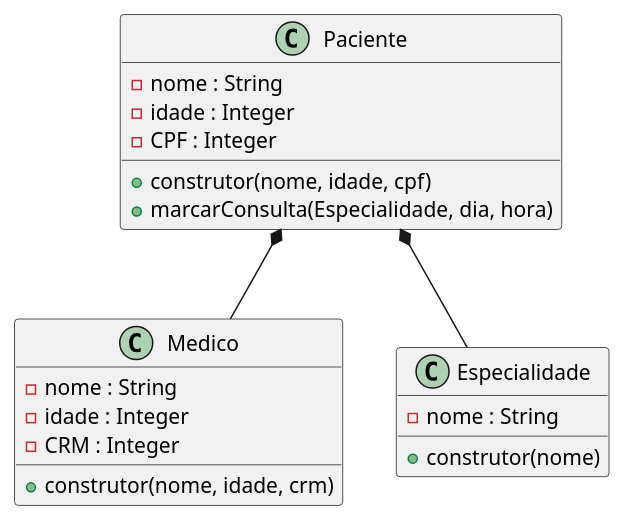
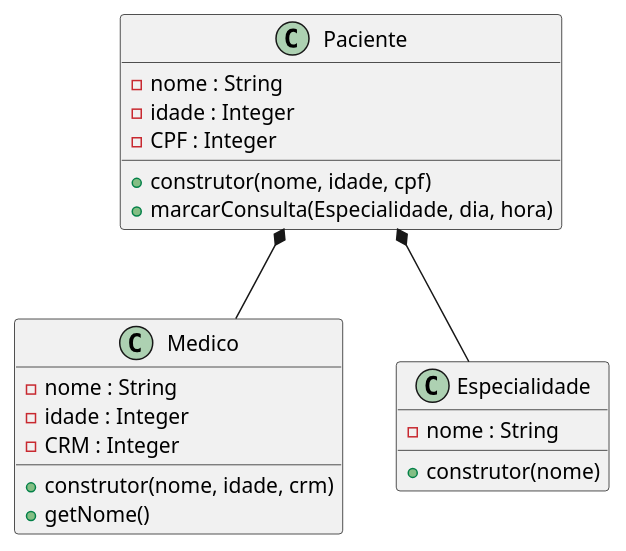
Before and after one commit to anleaes/2022-1-N2-POO-03: the diagram in diagrama.plantuml, drawn with PlantUML.

Commit message:
colocado getNome em Medico

```diff
--- a/diagrama.plantuml
+++ b/diagrama.plantuml
@@ -1,26 +1,27 @@
 @startuml Gerenciamento de Exames Medicos
 
     class Paciente{
         - nome : String
         - idade : Integer
         - CPF : Integer
         + construtor(nome, idade, cpf)
         + marcarConsulta(Especialidade, dia, hora)
     }
 
     class Medico{
         - nome : String
         - idade : Integer
         - CRM : Integer
         + construtor(nome, idade, crm)
+        + getNome()
     }
 
     class Especialidade{
         - nome : String
         + construtor(nome)
     }
 
     Paciente *-- Medico
     Paciente *-- Especialidade
 
 @enduml
```
